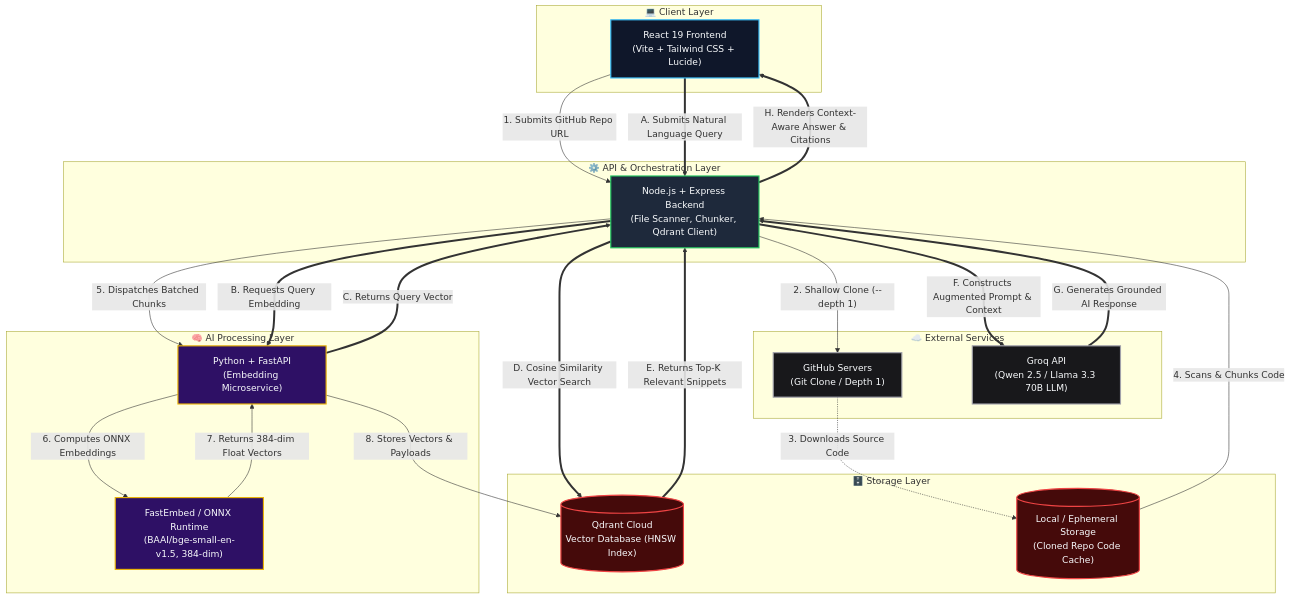
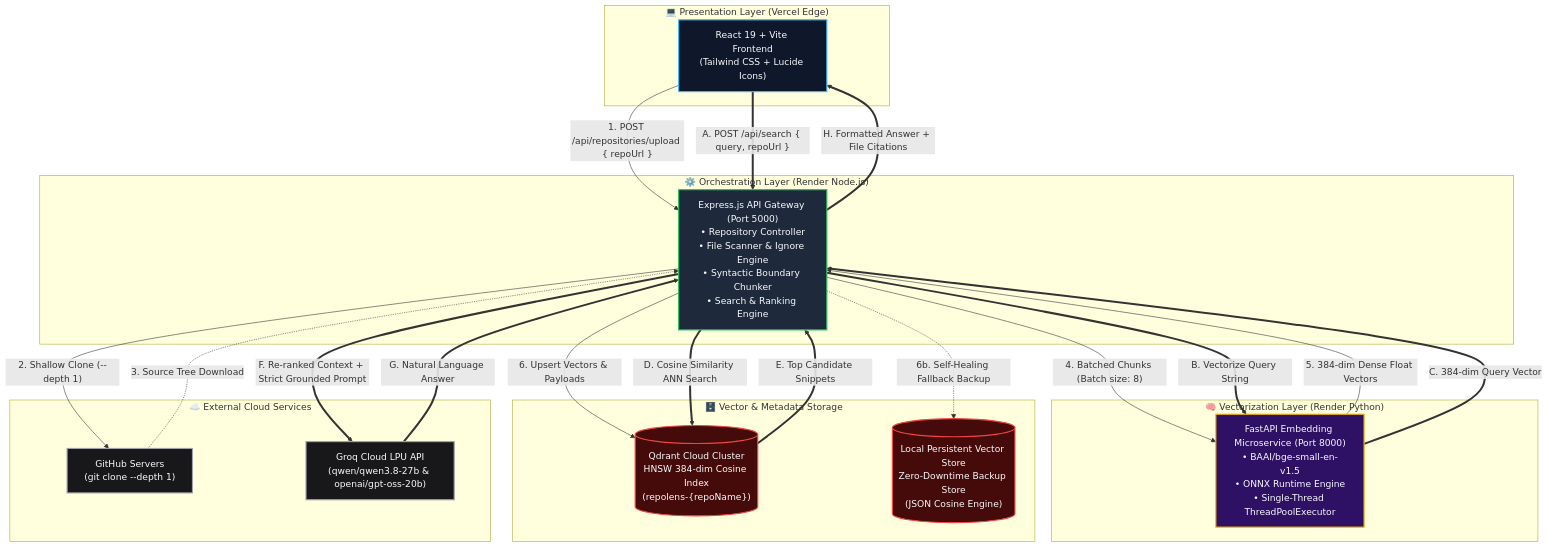
The first of 7 diagrams in README.md (choudharysaransh54-alt/SourceQuery), drawn with Mermaid before and after one commit. The commit also changed other lines of this file, not shown here.

Commit message:
docs: overhaul README with comprehensive architecture diagrams, RAG pipelines, and technical specifications

````diff
--- a/README.md
+++ b/README.md
@@ -45,52 +73,50 @@
 ```mermaid
 flowchart TD
-    %% Style Definitions
-    classDef clientStyle fill:#0f172a,stroke:#38bdf8,stroke-width:2px,color:#f8fafc
-    classDef apiStyle fill:#1e293b,stroke:#22c55e,stroke-width:2px,color:#f8fafc
-    classDef aiStyle fill:#2e1065,stroke:#eab308,stroke-width:2px,color:#f8fafc
-    classDef extStyle fill:#18181b,stroke:#a1a1aa,stroke-width:2px,color:#f8fafc
-    classDef storeStyle fill:#450a0a,stroke:#ef4444,stroke-width:2px,color:#f8fafc
+    %% Styling Definitions
+    classDef clientLayer fill:#0f172a,stroke:#38bdf8,stroke-width:2px,color:#f8fafc;
+    classDef gatewayLayer fill:#1e293b,stroke:#22c55e,stroke-width:2px,color:#f8fafc;
+    classDef aiServiceLayer fill:#2e1065,stroke:#eab308,stroke-width:2px,color:#f8fafc;
+    classDef externalLayer fill:#18181b,stroke:#a1a1aa,stroke-width:2px,color:#f8fafc;
+    classDef storageLayer fill:#450a0a,stroke:#ef4444,stroke-width:2px,color:#f8fafc;
 
-    subgraph Client_Layer [" 💻 Client Layer "]
-        Client["React 19 Frontend<br/>(Vite + Tailwind CSS + Lucide)"]:::clientStyle
+    subgraph Client_Layer [" 💻 Presentation Layer (Vercel Edge) "]
+        Client["React 19 + Vite Frontend<br/>(Tailwind CSS + Lucide Icons)"]:::clientLayer
     end
 
-    subgraph API_Layer [" ⚙️ API & Orchestration Layer "]
-        API["Node.js + Express Backend<br/>(File Scanner, Chunker, Qdrant Client)"]:::apiStyle
+    subgraph Gateway_Layer [" ⚙️ Orchestration Layer (Render Node.js) "]
+        API["Express.js API Gateway (Port 5000)<br/>• Repository Controller<br/>• File Scanner & Ignore Engine<br/>• Syntactic Boundary Chunker<br/>• Search & Ranking Engine"]:::gatewayLayer
     end
 
-    subgraph AI_Layer [" 🧠 AI Processing Layer "]
-        FastAPI["Python + FastAPI<br/>(Embedding Microservice)"]:::aiStyle
-        Model["FastEmbed / ONNX Runtime<br/>(BAAI/bge-small-en-v1.5, 384-dim)"]:::aiStyle
+    subgraph AI_Layer [" 🧠 Vectorization Layer (Render Python) "]
+        FastAPI["FastAPI Embedding Microservice (Port 8000)<br/>• BAAI/bge-small-en-v1.5<br/>• ONNX Runtime Engine<br/>• Single-Thread ThreadPoolExecutor"]:::aiServiceLayer
     end
 
-    subgraph External_Layer [" ☁️ External Services "]
-        GitHub["GitHub Servers<br/>(Git Clone / Depth 1)"]:::extStyle
-        Groq["Groq API<br/>(Qwen 2.5 / Llama 3.3 70B LLM)"]:::extStyle
+    subgraph Storage_Layer [" 🗄️ Vector & Metadata Storage "]
+        Qdrant[("Qdrant Cloud Cluster<br/>HNSW 384-dim Cosine Index<br/>(repolens-{repoName})")]:::storageLayer
+        FallbackDB[("Local Persistent Vector Store<br/>Zero-Downtime Backup Store<br/>(JSON Cosine Engine)")]:::storageLayer
     end
 
-    subgraph Storage_Layer [" 🗄️ Storage Layer "]
-        Qdrant[("Qdrant Cloud<br/>Vector Database (HNSW Index)")]:::storeStyle
-        Disk[("Local / Ephemeral Storage<br/>(Cloned Repo Code Cache)")]:::storeStyle
+    subgraph External_Layer [" ☁️ External Cloud Services "]
+        GitHub["GitHub Servers<br/>(git clone --depth 1)"]:::externalLayer
+        Groq["Groq Cloud LPU API<br/>(qwen/qwen3.8-27b & openai/gpt-oss-20b)"]:::externalLayer
     end
 
-    %% Ingestion Pipeline (Orange / Solid)
-    Client -->|"1. Submits GitHub Repo URL"| API
+    %% Ingestion Pipeline Flow
+    Client -->|"1. POST /api/repositories/upload { repoUrl }"| API
     API -->|"2. Shallow Clone (--depth 1)"| GitHub
-    GitHub -.->|"3. Downloads Source Code"| Disk
-    Disk -->|"4. Scans & Chunks Code"| API
-    API -->|"5. Dispatches Batched Chunks"| FastAPI
-    FastAPI -->|"6. Computes ONNX Embeddings"| Model
-    Model -->|"7. Returns 384-dim Float Vectors"| FastAPI
-    FastAPI -->|"8. Stores Vectors & Payloads"| Qdrant
+    GitHub -.->|"3. Source Tree Download"| API
+    API -->|"4. Batched Chunks (Batch size: 8)"| FastAPI
+    FastAPI -->|"5. 384-dim Dense Float Vectors"| API
+    API -->|"6. Upsert Vectors & Payloads"| Qdrant
+    API -.->|"6b. Self-Healing Fallback Backup"| FallbackDB
 
-    %% Search & Inference Pipeline (Blue / Thick)
-    Client ==>|"A. Submits Natural Language Query"| API
-    API ==>|"B. Requests Query Embedding"| FastAPI
-    FastAPI ==>|"C. Returns Query Vector"| API
-    API ==>|"D. Cosine Similarity Vector Search"| Qdrant
-    Qdrant ==>|"E. Returns Top-K Relevant Snippets"| API
-    API ==>|"F. Constructs Augmented Prompt & Context"| Groq
-    Groq ==>|"G. Generates Grounded AI Response"| API
-    API ==>|"H. Renders Context-Aware Answer & Citations"| Client
+    %% Query & RAG Flow
+    Client ==>|"A. POST /api/search { query, repoUrl }"| API
+    API ==>|"B. Vectorize Query String"| FastAPI
+    FastAPI ==>|"C. 384-dim Query Vector"| API
+    API ==>|"D. Cosine Similarity ANN Search"| Qdrant
+    Qdrant ==>|"E. Top Candidate Snippets"| API
+    API ==>|"F. Re-ranked Context + Strict Grounded Prompt"| Groq
+    Groq ==>|"G. Natural Language Answer"| API
+    API ==>|"H. Formatted Answer + File Citations"| Client
 ```
````
